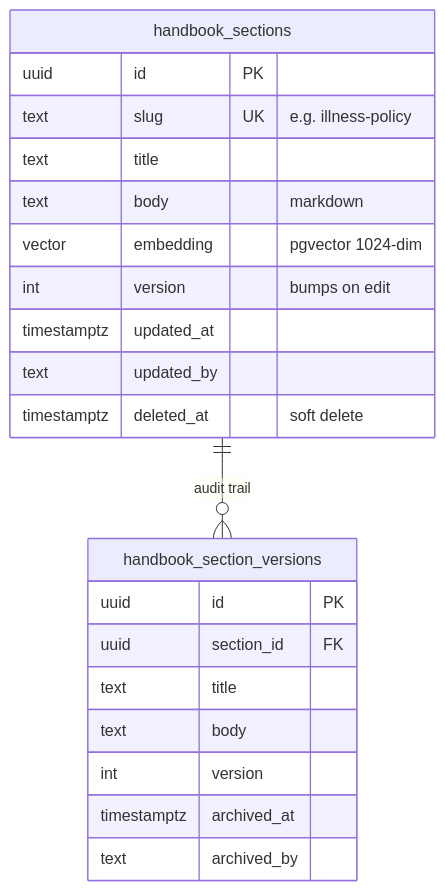
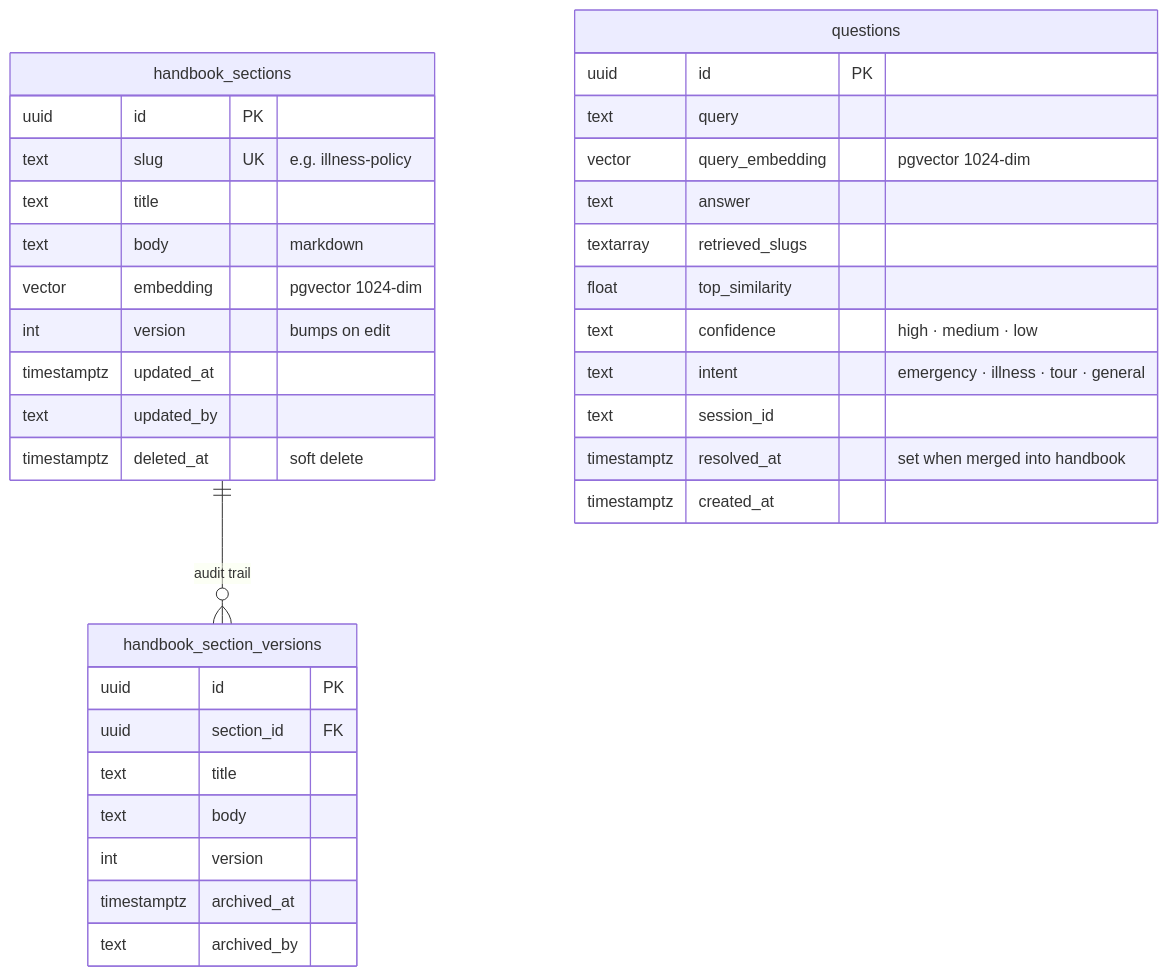
The fifth of 5 diagrams in docs/ARCHITECTURE.md (cooksterj/brightwheel-frontdesk), drawn with Mermaid before and after one commit. The commit also changed other lines of this file and 31 other files, not shown here.

````diff
--- a/docs/ARCHITECTURE.md
+++ b/docs/ARCHITECTURE.md
@@ -115,24 +206,37 @@
 ```mermaid
 erDiagram
     handbook_sections {
         uuid id PK
         text slug UK "e.g. illness-policy"
         text title
         text body "markdown"
         vector embedding "pgvector 1024-dim"
         int version "bumps on edit"
         timestamptz updated_at
         text updated_by
         timestamptz deleted_at "soft delete"
     }
     handbook_section_versions {
         uuid id PK
         uuid section_id FK
         text title
         text body
         int version
         timestamptz archived_at
         text archived_by
     }
+    questions {
+        uuid id PK
+        text query
+        vector query_embedding "pgvector 1024-dim"
+        text answer
+        textarray retrieved_slugs
+        float top_similarity
+        text confidence "high · medium · low"
+        text intent "emergency · illness · tour · general"
+        text session_id
+        timestamptz resolved_at "set when merged into handbook"
+        timestamptz created_at
+    }
     handbook_sections ||--o{ handbook_section_versions : "audit trail"
 ```
````
